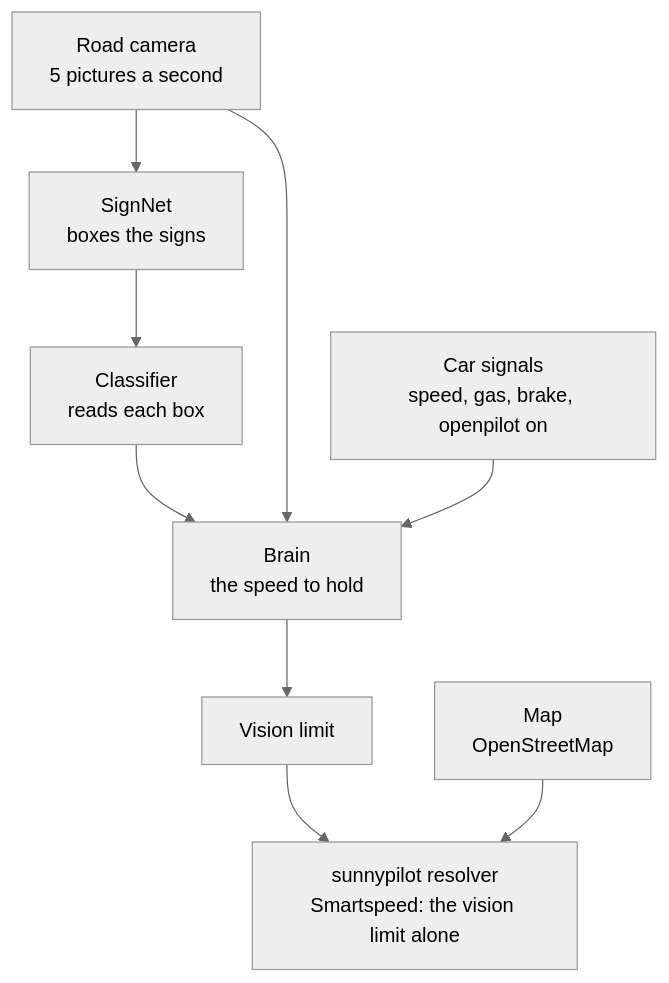
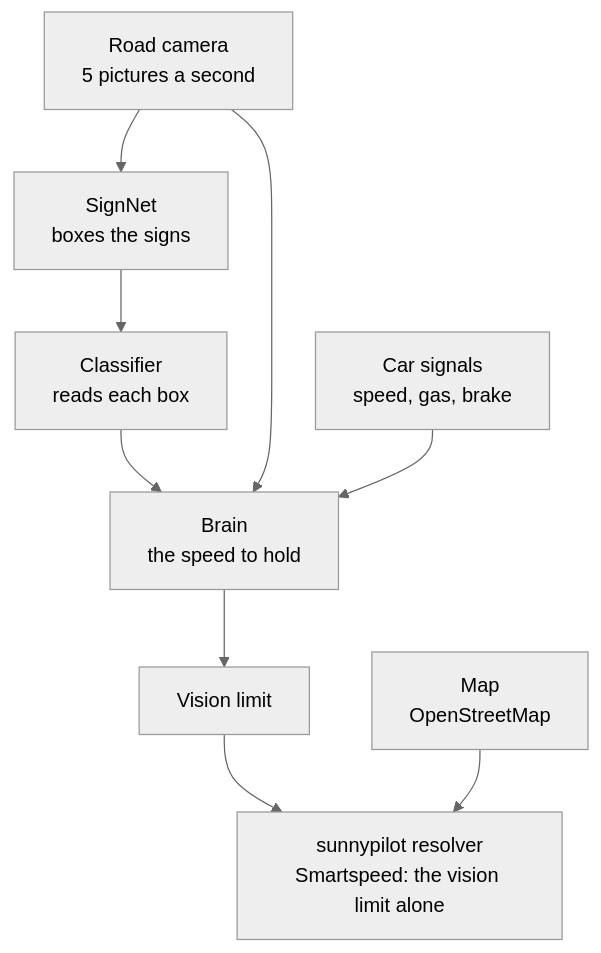
Before and after one commit to cristianku/sunnypilot.speedlimits: the third of 3 diagrams in README.md, drawn with Mermaid (neutral theme). The commit also changed other lines of this file and 56 other files, not shown here.

````diff
--- a/README.md
+++ b/README.md
@@ -67,11 +67,11 @@
 ```mermaid
 flowchart TD
   cam["Road camera<br/>5 pictures a second"] --> sn["SignNet<br/>boxes the signs"]
   sn --> cl["Classifier<br/>reads each box"]
   cl --> br["Brain<br/>the speed to hold"]
   cam --> br
-  sig["Car signals<br/>speed, gas, brake, openpilot on"] --> br
+  sig["Car signals<br/>speed, gas, brake"] --> br
   br --> lim["Vision limit"]
   lim --> res["sunnypilot resolver<br/>Smartspeed: the vision limit alone"]
   osm["Map<br/>OpenStreetMap"] --> res
 ```
````
